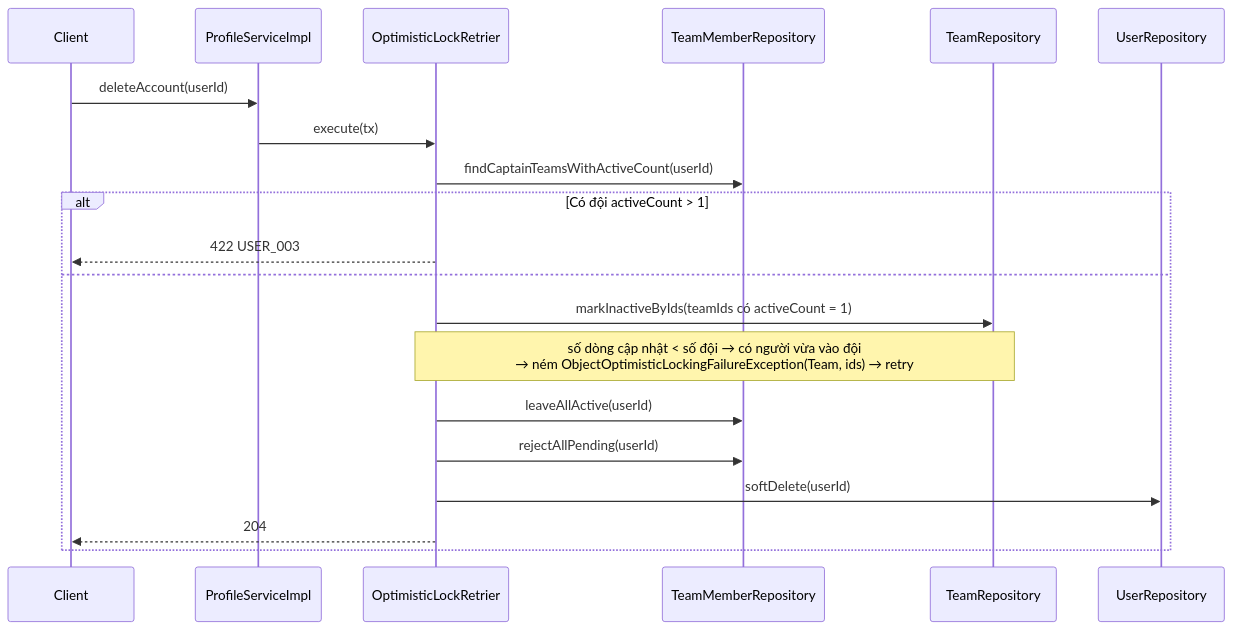
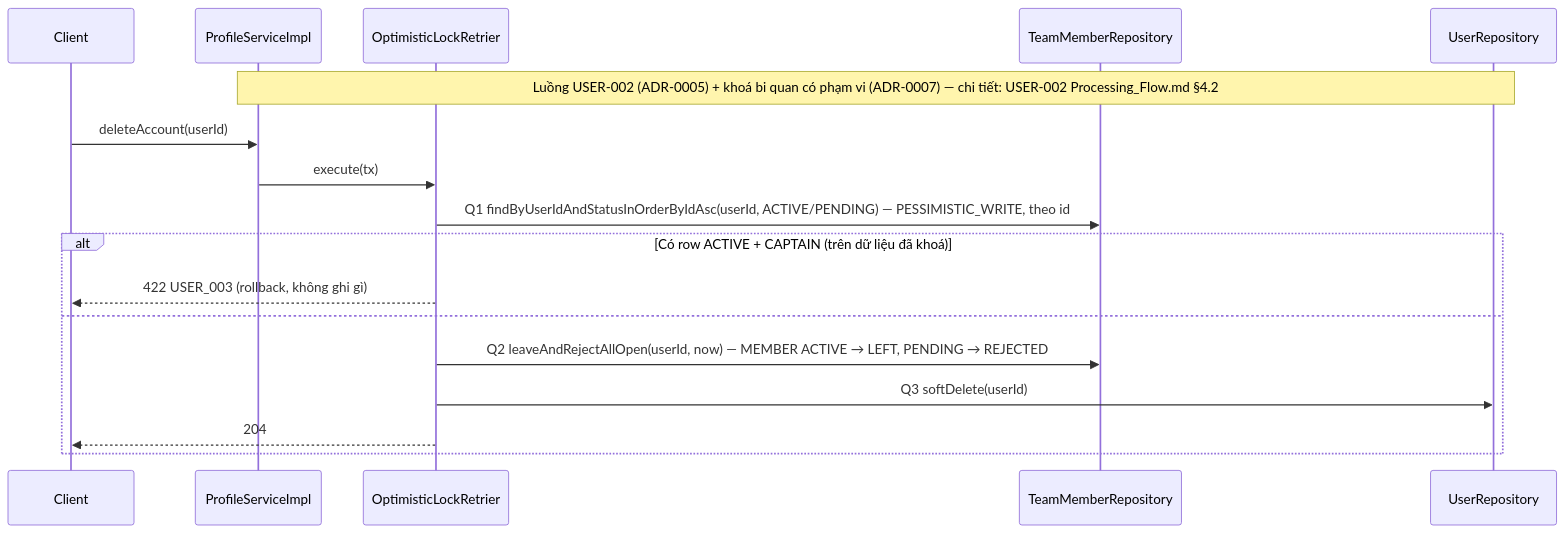
The second of 3 diagrams in docs/agent/design/USER-001/Processing_Flow.md (phananh2005/ArenaFlow-be), drawn with Mermaid before and after one commit. The commit also changed other lines of this file and 69 other files, not shown here.

First line of the commit message:
feat(USER-002): team disband, captain account-deletion rule, scoped pessimistic lock for deleteAccount (#15)

````diff
--- a/docs/agent/design/USER-001/Processing_Flow.md
+++ b/docs/agent/design/USER-001/Processing_Flow.md
@@ -69,23 +69,20 @@
 ```mermaid
 sequenceDiagram
     participant C as Client
     participant PS as ProfileServiceImpl
     participant RT as OptimisticLockRetrier
     participant TMR as TeamMemberRepository
-    participant TR as TeamRepository
     participant UR as UserRepository
 
+    Note over PS,UR: Luồng USER-002 (ADR-0005) + khoá bi quan có phạm vi (ADR-0007) — chi tiết: USER-002 Processing_Flow.md §4.2
     C->>PS: deleteAccount(userId)
     PS->>RT: execute(tx)
-    RT->>TMR: findCaptainTeamsWithActiveCount(userId)
-    alt Có đội activeCount > 1
-        RT-->>C: 422 USER_003
+    RT->>TMR: Q1 findByUserIdAndStatusInOrderByIdAsc(userId, ACTIVE/PENDING) — PESSIMISTIC_WRITE, theo id
+    alt Có row ACTIVE + CAPTAIN (trên dữ liệu đã khoá)
+        RT-->>C: 422 USER_003 (rollback, không ghi gì)
     else
-        RT->>TR: markInactiveByIds(teamIds có activeCount = 1)
-        Note over RT,TR: số dòng cập nhật < số đội → có người vừa vào đội<br/>→ ném ObjectOptimisticLockingFailureException(Team, ids) → retry
-        RT->>TMR: leaveAllActive(userId)
-        RT->>TMR: rejectAllPending(userId)
-        RT->>UR: softDelete(userId)
+        RT->>TMR: Q2 leaveAndRejectAllOpen(userId, now) — MEMBER ACTIVE → LEFT, PENDING → REJECTED
+        RT->>UR: Q3 softDelete(userId)
         RT-->>C: 204
     end
 ```
````
